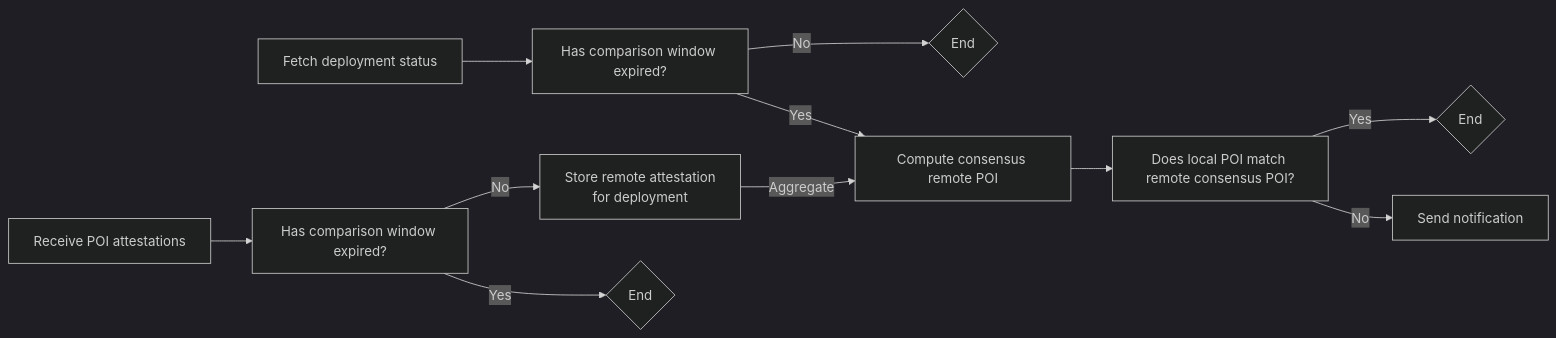
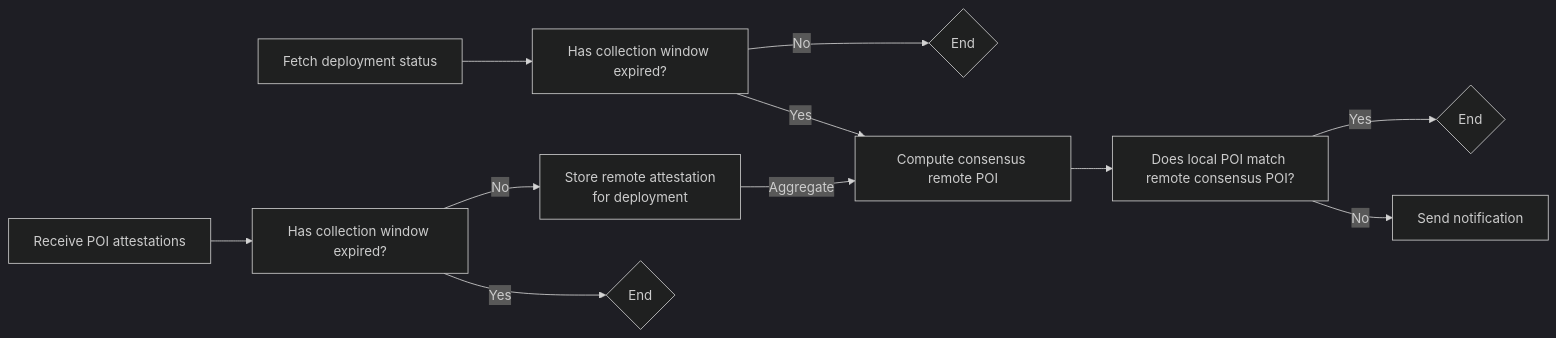
One commit to graphops/docs changed the fourth of 4 diagrams in docs/graphcast/radios/poi-radio.md. Above: the diagram before and after it, drawn with Mermaid (dark theme). The commit also changed other lines of this file and 1 other file, not shown here.

Commit message:
feat: address hope diagram feedback

````diff
--- a/docs/graphcast/radios/poi-radio.md
+++ b/docs/graphcast/radios/poi-radio.md
@@ -231,13 +229,13 @@
 ```mermaid
 flowchart LR
-    q[Fetch deployment status] --> g[Has comparison window expired?]
+    q[Fetch deployment status] --> g[Has collection window expired?]
     g -->|Yes| t[Compute consensus remote POI]
     g -->|No| p{End}
     c -->|Aggregate| t
-    a[Receive POI attestations] --> b[Has comparison window expired?]
+    a[Receive POI attestations] --> b[Has collection window expired?]
     b -->|Yes| eee{End}
     b -->|No| c[Store remote attestation\nfor deployment]
     t --> l[Does local POI match remote consensus POI?]
     l -->|No| i[Send notification]
     l -->|Yes| d{End}
 ```
````
